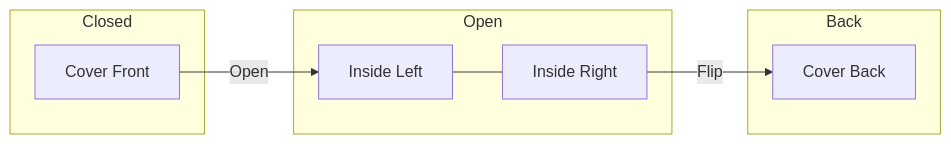
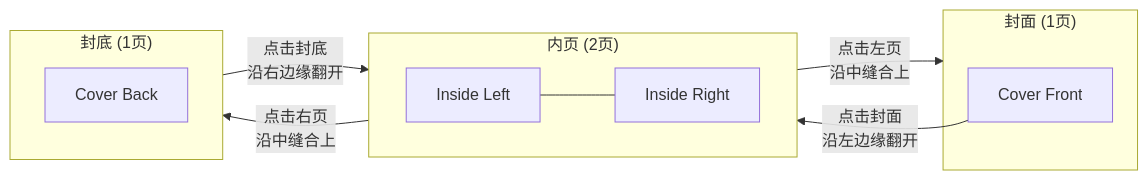
The diagram in docs/project_context.md (tutu-meng/birthday-card), drawn with Mermaid before and after one commit. The commit also changed other lines of this file and 5 other files, not shown here.

````diff
--- a/docs/project_context.md
+++ b/docs/project_context.md
@@ -16,17 +16,20 @@
 ```mermaid
 flowchart LR
-    subgraph Closed
-        A[Cover Front]
+    subgraph State0["封面 (1页)"]
+        A["Cover Front"]
     end
     
-    subgraph Open
-        B[Inside Left] --- C[Inside Right]
+    subgraph State1["内页 (2页)"]
+        direction LR
+        B["Inside Left"] --- C["Inside Right"]
     end
     
-    subgraph Back
-        D[Cover Back]
+    subgraph State2["封底 (1页)"]
+        D["Cover Back"]
     end
     
-    A -->|Open| B
-    C -->|Flip| D
+    A -->|"点击封面<br/>沿左边缘翻开"| State1
+    State1 -->|"点击左页<br/>沿中缝合上"| State0
+    State1 -->|"点击右页<br/>沿中缝合上"| State2
+    State2 -->|"点击封底<br/>沿右边缘翻开"| State1
 ```
````
